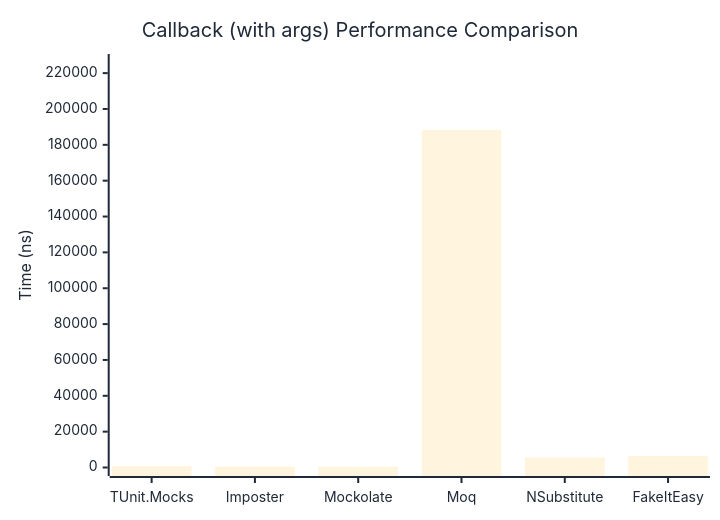
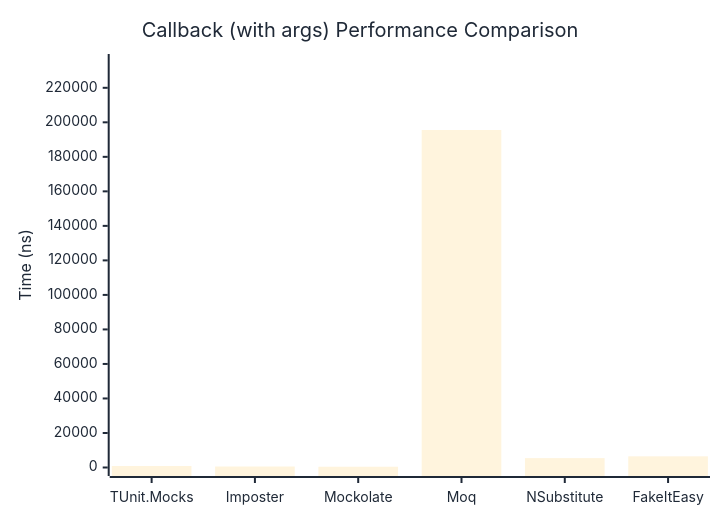
The second of 2 diagrams in docs/docs/benchmarks/mocks/Callback.md (thomhurst/TUnit), drawn with Mermaid before and after one commit. The commit also changed other lines of this file and 14 other files, not shown here.

````diff
--- a/docs/docs/benchmarks/mocks/Callback.md
+++ b/docs/docs/benchmarks/mocks/Callback.md
@@ -71,27 +71,27 @@
 ```mermaid
 %%{init: {
   'theme':'base',
   'themeVariables': {
     'primaryColor': '#2563eb',
     'primaryTextColor': '#1f2937',
     'primaryBorderColor': '#1e40af',
     'lineColor': '#6b7280',
     'secondaryColor': '#7c3aed',
     'tertiaryColor': '#dc2626',
     'background': '#ffffff',
     'pie1': '#2563eb',
     'pie2': '#7c3aed',
     'pie3': '#dc2626',
     'pie4': '#f59e0b',
     'pie5': '#10b981',
     'pie6': '#06b6d4',
     'pie7': '#ec4899',
     'pie8': '#6366f1'
   }
 }}%%
 xychart-beta
   title "Callback (with args) Performance Comparison"
   x-axis ["TUnit.Mocks", "Imposter", "Mockolate", "Moq", "NSubstitute", "FakeItEasy"]
-  y-axis "Time (ns)" 0 --> 225923
-  bar [786.1, 556.7, 408, 188268.6, 5557.3, 6311.4]
+  y-axis "Time (ns)" 0 --> 234659
+  bar [882.7, 577.7, 439.4, 195548.9, 5440.6, 6467.7]
 ```
````
